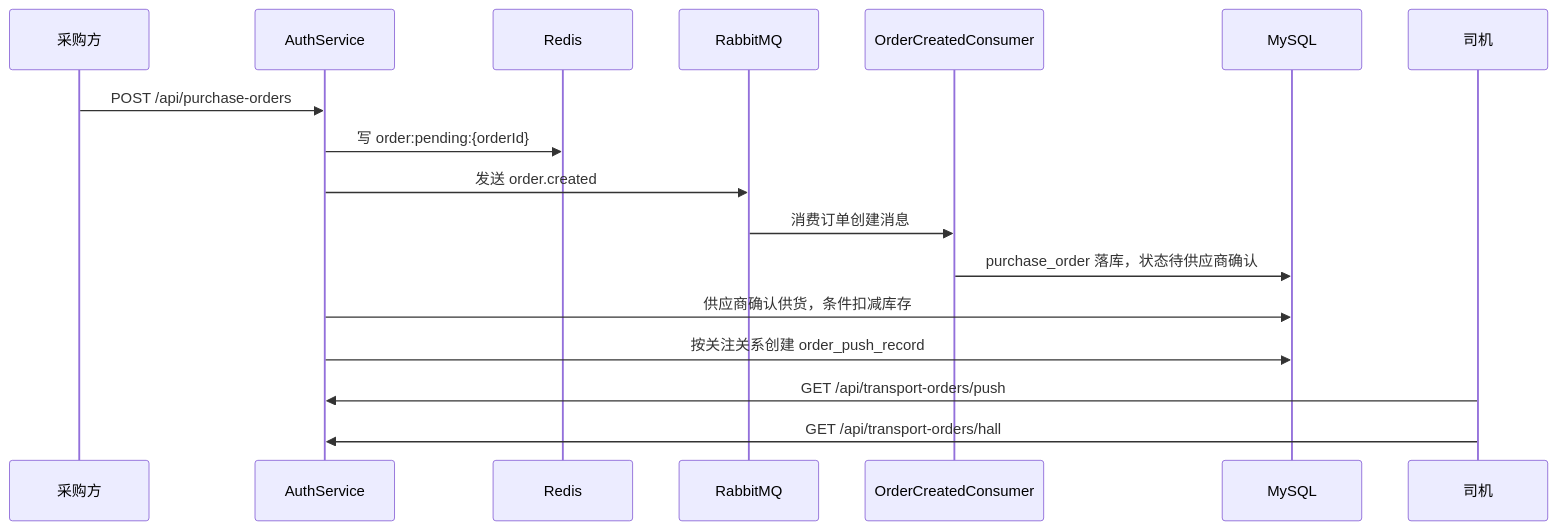
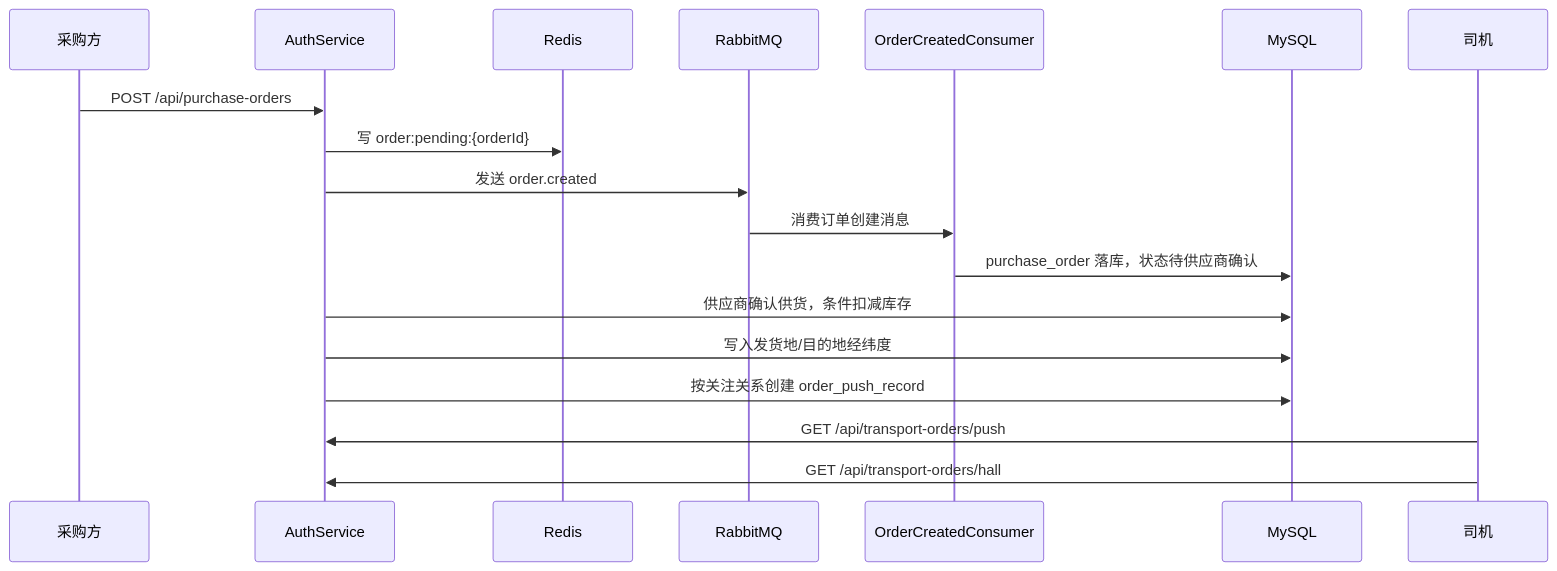
One commit to 2249619829/MaterialCoordination changed the fourth of 11 diagrams in docs/architecture.md. Above: the diagram before and after it, drawn with Mermaid. The commit also changed other lines of this file and 50 other files, not shown here.

````diff
--- a/docs/architecture.md
+++ b/docs/architecture.md
@@ -98,20 +99,21 @@
 ```mermaid
 sequenceDiagram
     participant P as 采购方
     participant S as AuthService
     participant R as Redis
     participant MQ as RabbitMQ
     participant C as OrderCreatedConsumer
     participant DB as MySQL
     participant D as 司机
 
     P->>S: POST /api/purchase-orders
     S->>R: 写 order:pending:{orderId}
     S->>MQ: 发送 order.created
     MQ->>C: 消费订单创建消息
     C->>DB: purchase_order 落库，状态待供应商确认
     S->>DB: 供应商确认供货，条件扣减库存
+    S->>DB: 写入发货地/目的地经纬度
     S->>DB: 按关注关系创建 order_push_record
     D->>S: GET /api/transport-orders/push
     D->>S: GET /api/transport-orders/hall
 ```
````
